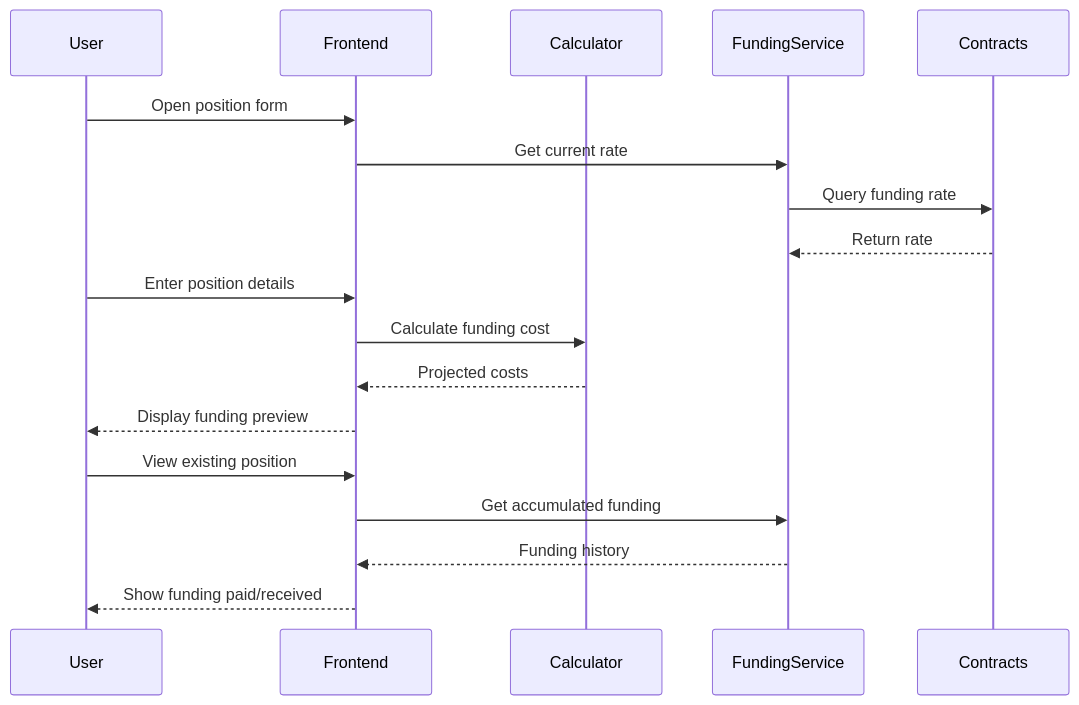
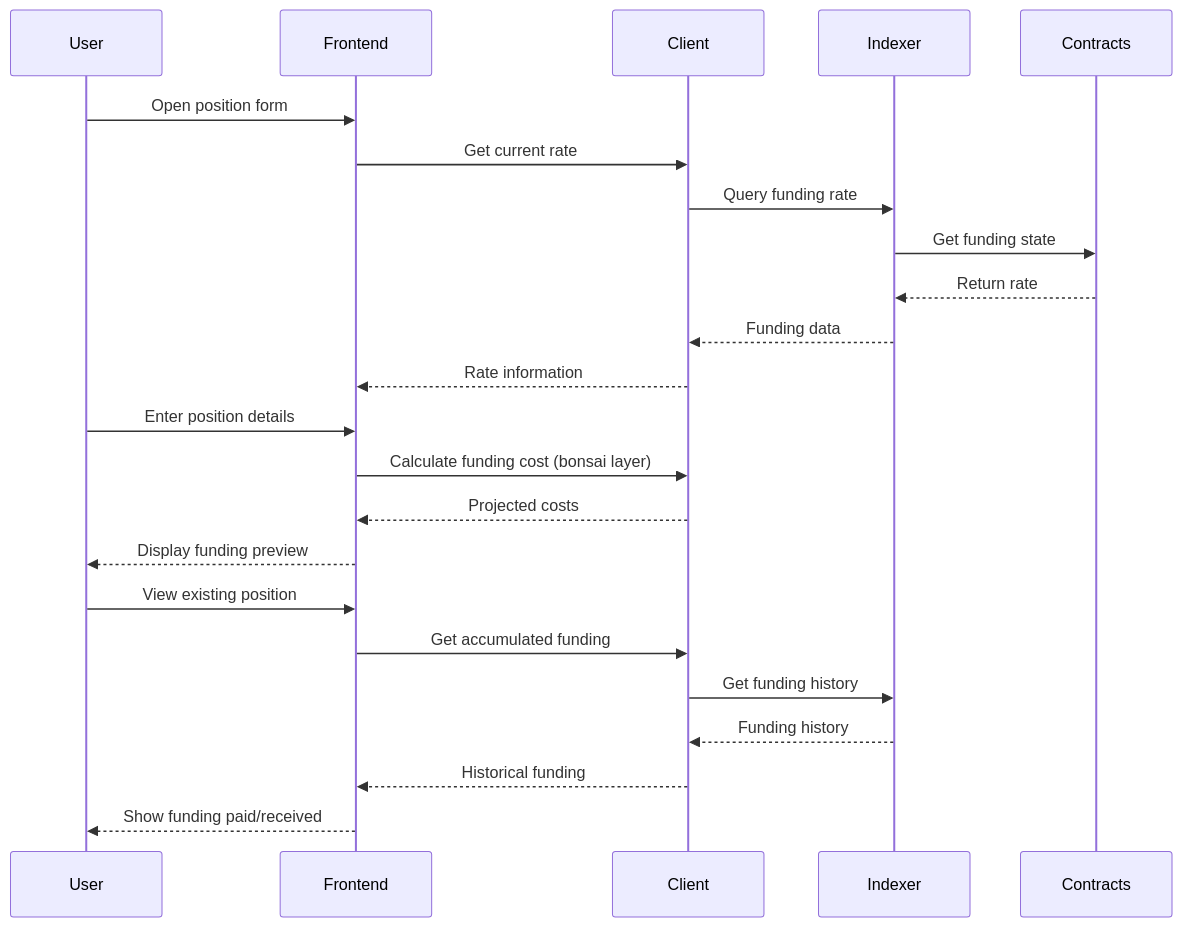
Diagram 14 of 15 in project-stories-breakdown-reorganized.md (dydxprotocol/v4-web), drawn with Mermaid before and after one commit. The commit also changed other lines of this file, not shown here.

````diff
--- a/project-stories-breakdown-reorganized.md
+++ b/project-stories-breakdown-reorganized.md
@@ -1915,22 +1635,27 @@
 ```mermaid
 sequenceDiagram
     participant User
     participant Frontend
-    participant Calculator
-    participant FundingService
+    participant Client
+    participant Indexer
     participant Contracts
     
     User->>Frontend: Open position form
-    Frontend->>FundingService: Get current rate
-    FundingService->>Contracts: Query funding rate
-    Contracts-->>FundingService: Return rate
+    Frontend->>Client: Get current rate
+    Client->>Indexer: Query funding rate
+    Indexer->>Contracts: Get funding state
+    Contracts-->>Indexer: Return rate
+    Indexer-->>Client: Funding data
+    Client-->>Frontend: Rate information
     User->>Frontend: Enter position details
-    Frontend->>Calculator: Calculate funding cost
-    Calculator-->>Frontend: Projected costs
+    Frontend->>Client: Calculate funding cost (bonsai layer)
+    Client-->>Frontend: Projected costs
     Frontend-->>User: Display funding preview
     
     User->>Frontend: View existing position
-    Frontend->>FundingService: Get accumulated funding
-    FundingService-->>Frontend: Funding history
+    Frontend->>Client: Get accumulated funding
+    Client->>Indexer: Get funding history
+    Indexer-->>Client: Funding history
+    Client-->>Frontend: Historical funding
     Frontend-->>User: Show funding paid/received
 ```
````
